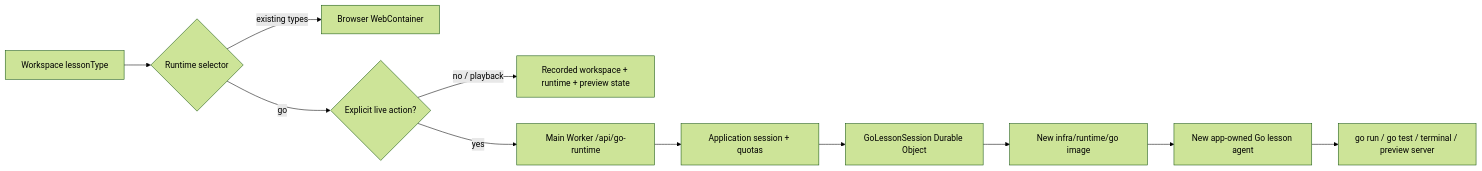
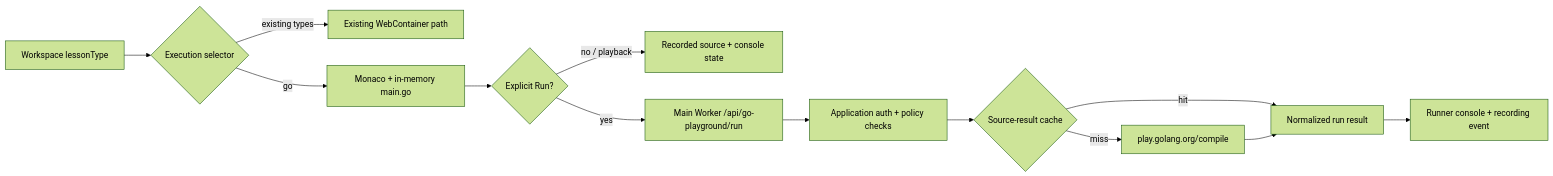
Before and after one commit to channyeintun/next-editor: the diagram in docs/go-lessons-selective-runtime-plan.md, drawn with Mermaid (forest theme). The commit also changed other lines of this file, not shown here.

Commit message:
docs: switch Go lessons plan to Playground API

````diff
--- a/docs/go-lessons-selective-runtime-plan.md
+++ b/docs/go-lessons-selective-runtime-plan.md
@@ -156,13 +179,15 @@
 ```mermaid
 flowchart LR
-    Lesson[Workspace lessonType] --> Select{Runtime selector}
-    Select -->|existing types| WC[Browser WebContainer]
-    Select -->|go| Lazy{Explicit live action?}
-    Lazy -->|no / playback| Recorded[Recorded workspace + runtime + preview state]
-    Lazy -->|yes| API[Main Worker /api/go-runtime]
-    API --> Auth[Application session + quotas]
-    Auth --> DO[GoLessonSession Durable Object]
-    DO --> Container[New infra/runtime/go image]
-    Container --> Agent[New app-owned Go lesson agent]
-    Agent --> Tools[go run / go test / terminal / preview server]
+    Lesson[Workspace lessonType] --> Select{Execution selector}
+    Select -->|existing types| WC[Existing WebContainer path]
+    Select -->|go| Local[Monaco + in-memory main.go]
+    Local --> Intent{Explicit Run?}
+    Intent -->|no / playback| Recorded[Recorded source + console state]
+    Intent -->|yes| Route[Main Worker /api/go-playground/run]
+    Route --> Auth[Application auth + policy checks]
+    Auth --> Cache{Source-result cache}
+    Cache -->|hit| Result[Normalized run result]
+    Cache -->|miss| API[play.golang.org/compile]
+    API --> Result
+    Result --> Console[Runner console + recording event]
 ```
````
